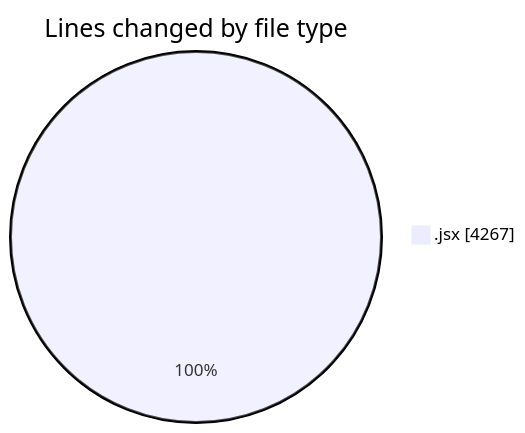
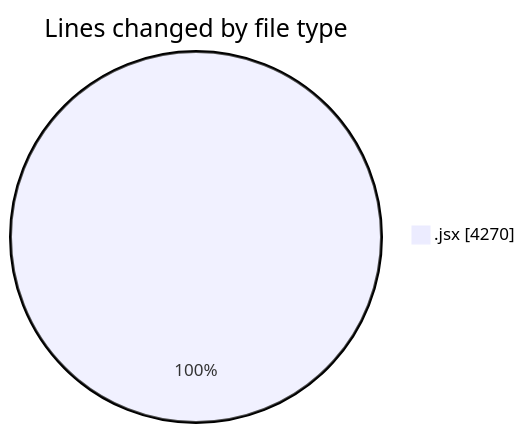
Before and after one commit to nxtqubesakshisongat/code-tracking: the first of 2 diagrams in 2026-01-06/nxtqube_webapp/README.md, drawn with Mermaid. The commit also changed other lines of this file and 1 other file, not shown here.

````diff
--- a/2026-01-06/nxtqube_webapp/README.md
+++ b/2026-01-06/nxtqube_webapp/README.md
@@ -21,5 +21,5 @@
 ```mermaid
 pie showData
 title Lines changed by file type
-".jsx" : 4267
+".jsx" : 4270
 ```
````
